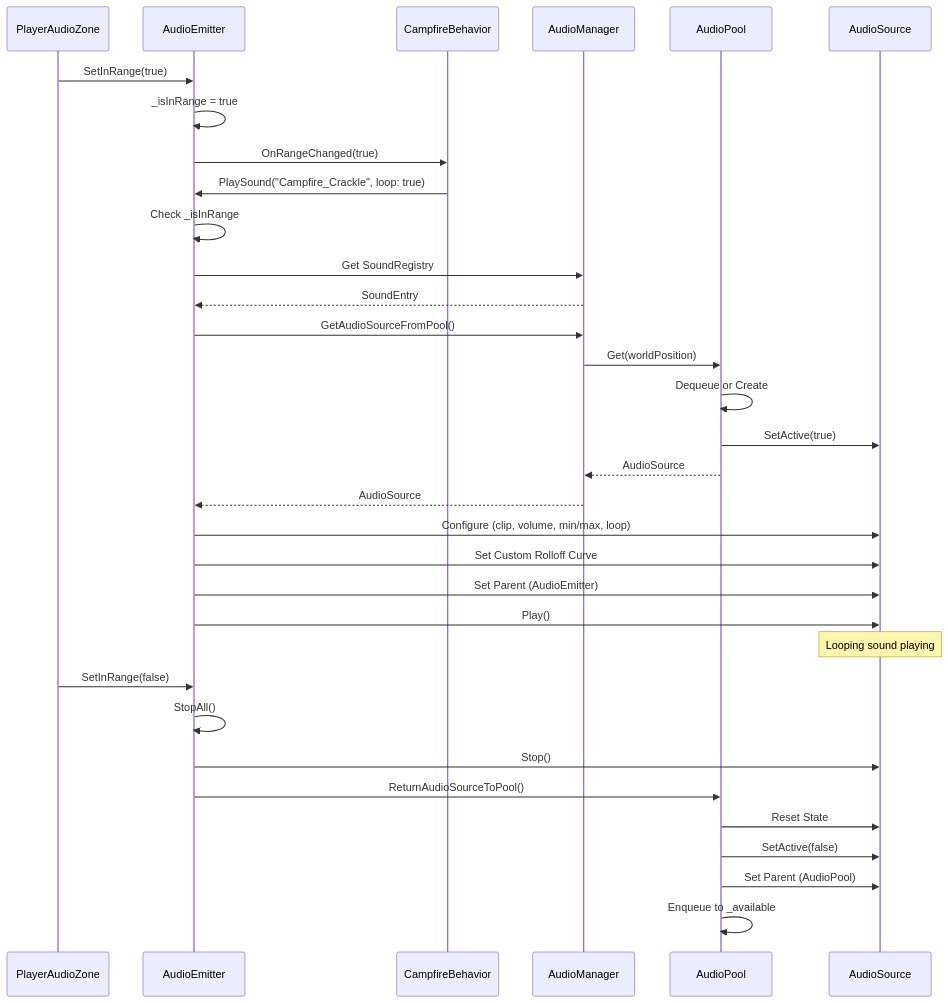
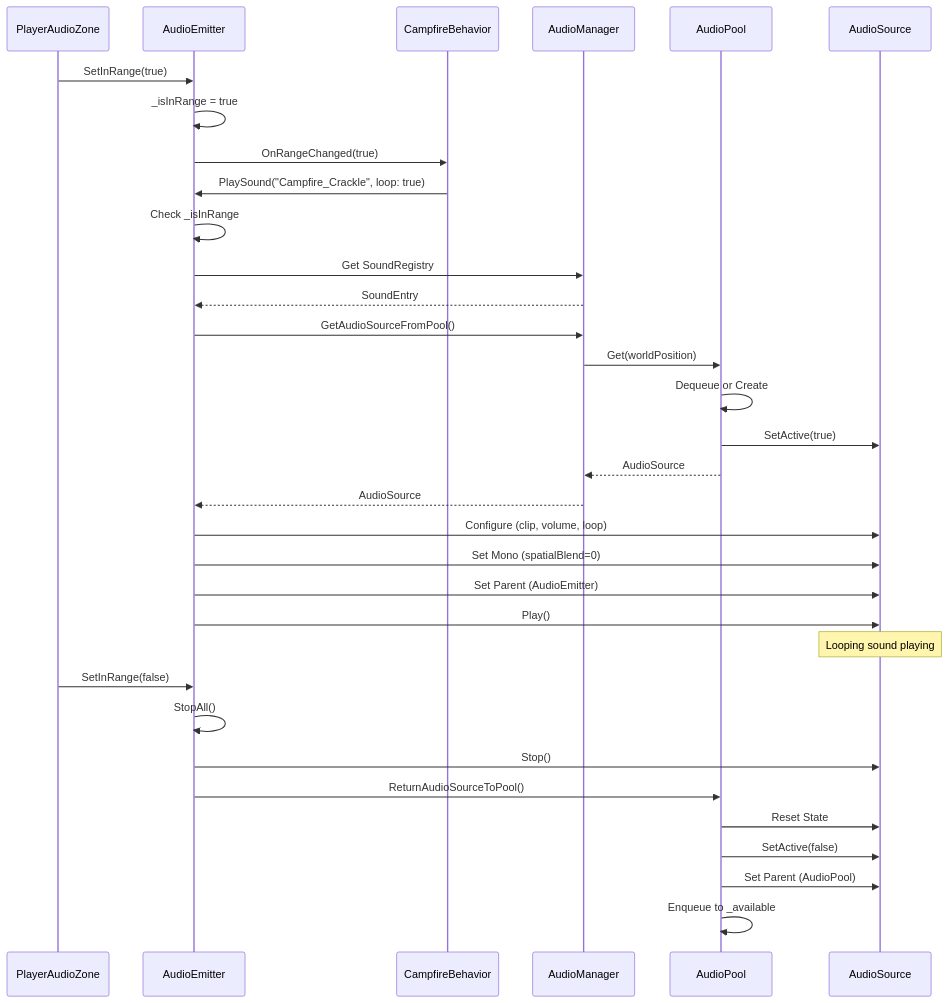
One commit to anh1124/Crab_farm changed the sixth of 12 diagrams in Help/Audio/Architecture.md. Above: the diagram before and after it, drawn with Mermaid. The commit also changed other lines of this file and 28 other files, not shown here.

````diff
--- a/Help/Audio/Architecture.md
+++ b/Help/Audio/Architecture.md
@@ -194,40 +195,40 @@
 ```mermaid
 sequenceDiagram
     participant PAZ as PlayerAudioZone
     participant AE as AudioEmitter
     participant BEH as CampfireBehavior
     participant AM as AudioManager
     participant AP as AudioPool
     participant AS as AudioSource
     
     PAZ->>AE: SetInRange(true)
     AE->>AE: _isInRange = true
     AE->>BEH: OnRangeChanged(true)
     
     BEH->>AE: PlaySound("Campfire_Crackle", loop: true)
     AE->>AE: Check _isInRange
     AE->>AM: Get SoundRegistry
     AM-->>AE: SoundEntry
     AE->>AM: GetAudioSourceFromPool()
     AM->>AP: Get(worldPosition)
     AP->>AP: Dequeue or Create
     AP->>AS: SetActive(true)
     AP-->>AM: AudioSource
     AM-->>AE: AudioSource
     
-    AE->>AS: Configure (clip, volume, min/max, loop)
-    AE->>AS: Set Custom Rolloff Curve
+    AE->>AS: Configure (clip, volume, loop)
+    AE->>AS: Set Mono (spatialBlend=0)
     AE->>AS: Set Parent (AudioEmitter)
     AE->>AS: Play()
     
     Note over AS: Looping sound playing
     
     PAZ->>AE: SetInRange(false)
     AE->>AE: StopAll()
     AE->>AS: Stop()
     AE->>AP: ReturnAudioSourceToPool()
     AP->>AS: Reset State
     AP->>AS: SetActive(false)
     AP->>AS: Set Parent (AudioPool)
     AP->>AP: Enqueue to _available
 ```
````
